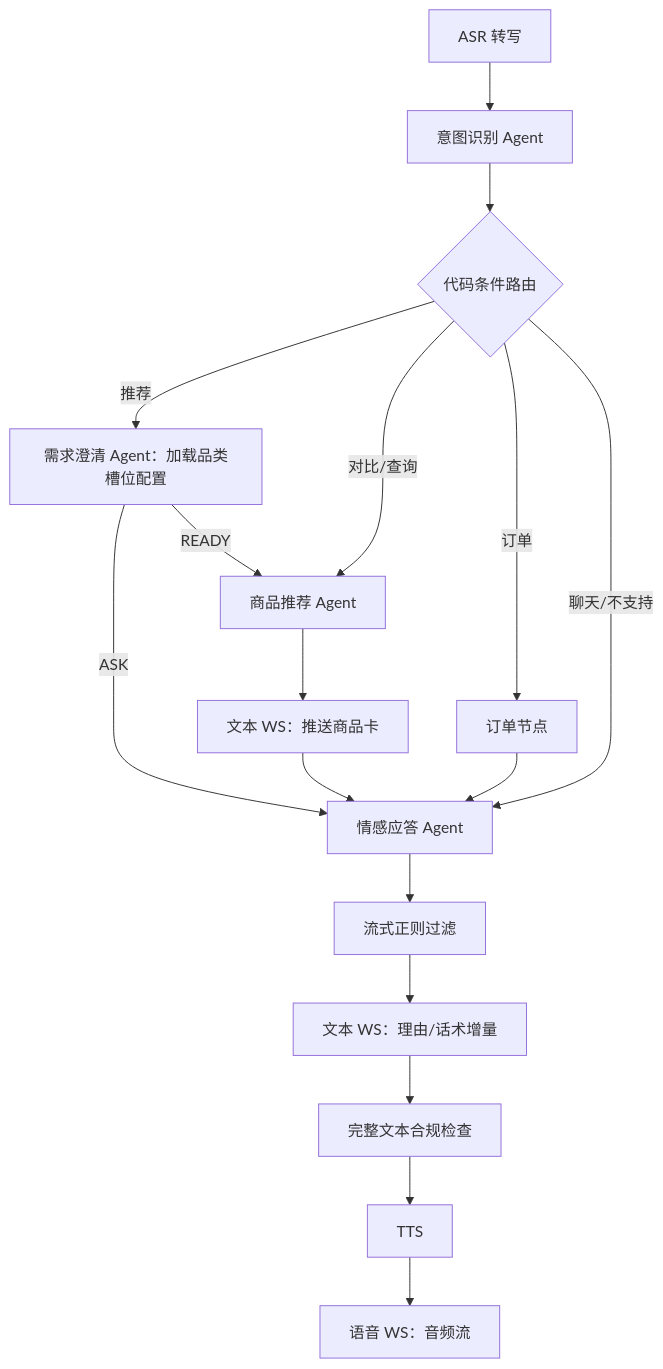
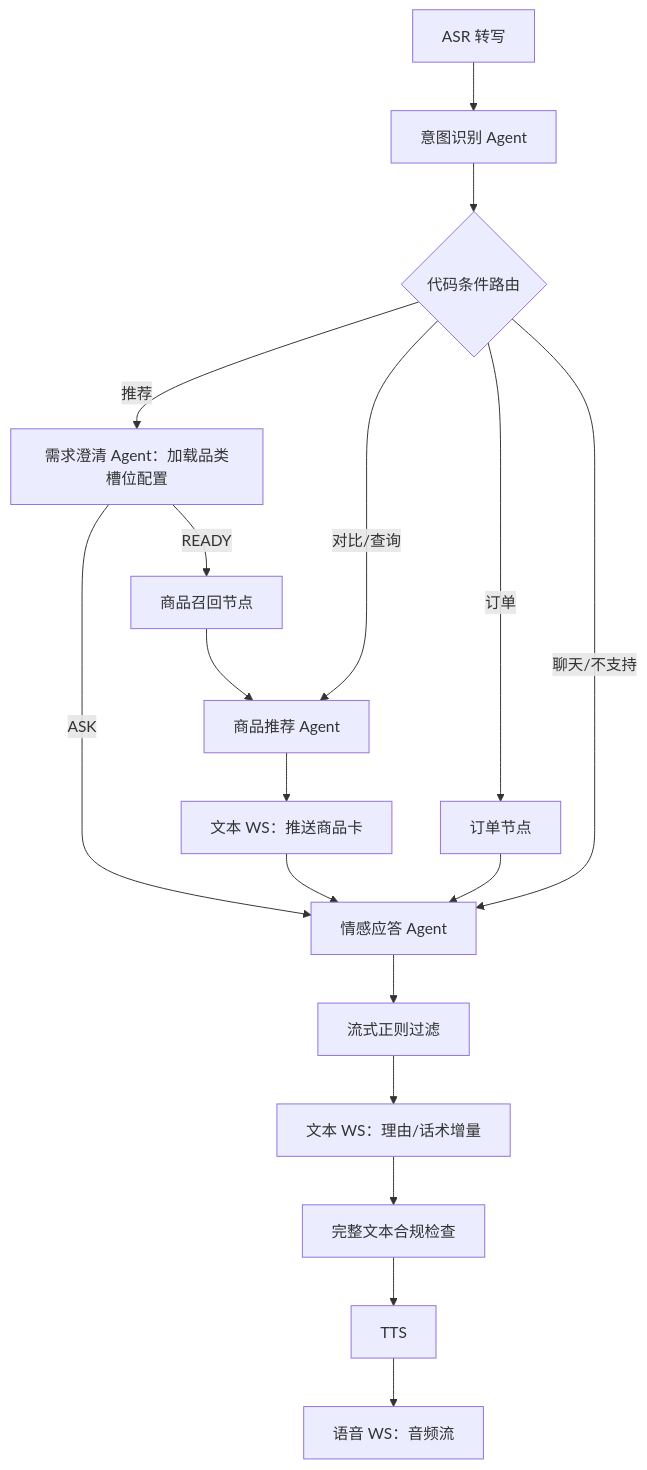
The second of 3 diagrams in docs/architecture.md (ivaris03/voice-shopping-agents), drawn with Mermaid before and after one commit. The commit also changed 5 other files, not shown here.

````diff
--- a/docs/architecture.md
+++ b/docs/architecture.md
@@ -77,19 +77,20 @@
 ```mermaid
 flowchart TD
     ASR["ASR 转写"] --> I["意图识别 Agent"]
     I --> R{"代码条件路由"}
     R -->|推荐| C["需求澄清 Agent：加载品类槽位配置"]
     C -->|ASK| E["情感应答 Agent"]
-    C -->|READY| P["商品推荐 Agent"]
+    C -->|READY| G["商品召回节点"]
+    G --> P["商品推荐 Agent"]
     R -->|对比/查询| P
     R -->|订单| O["订单节点"]
     R -->|聊天/不支持| E
     P --> W["文本 WS：推送商品卡"]
     W --> E
     O --> E
     E --> F["流式正则过滤"]
     F --> T["文本 WS：理由/话术增量"]
     T --> K["完整文本合规检查"]
     K --> S["TTS"]
     S --> A["语音 WS：音频流"]
 ```
````
